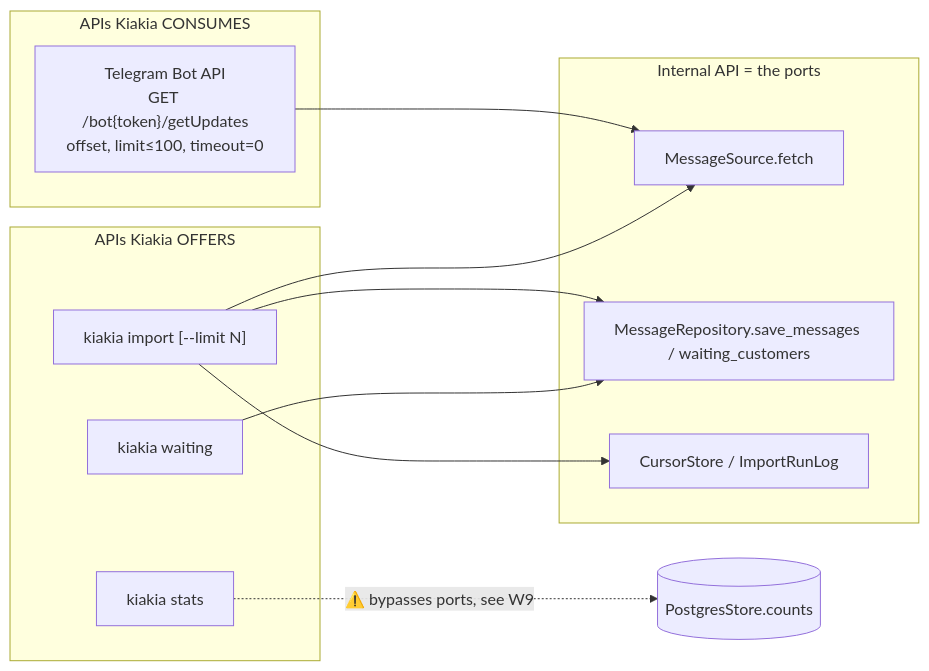
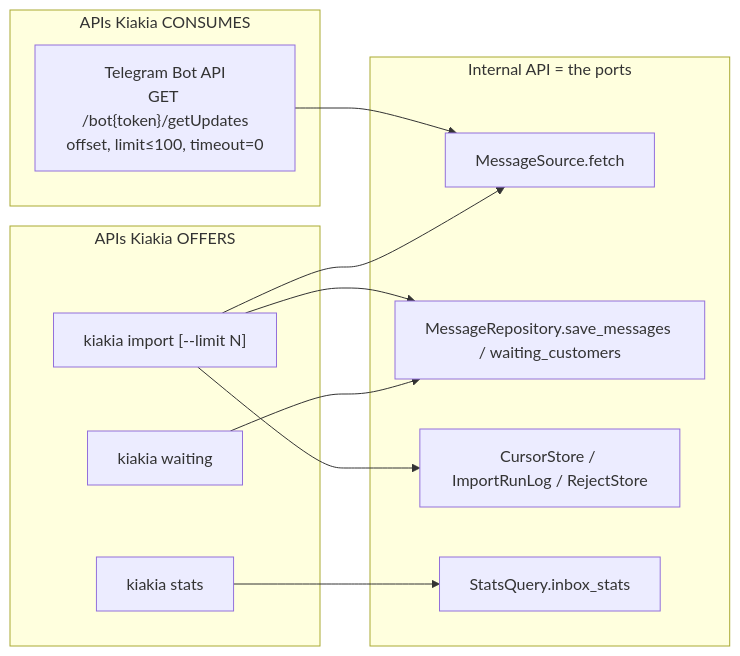
Before and after one commit to Ify-O/kiakia: the seventh of 9 diagrams in docs/ARCHITECTURE.md, drawn with Mermaid. The commit also changed other lines of this file and 2 other files, not shown here.

First line of the commit message:
Update diagrams and docs for Sprint 2

````diff
--- a/docs/ARCHITECTURE.md
+++ b/docs/ARCHITECTURE.md
@@ -273,20 +298,21 @@
 ```mermaid
 flowchart LR
     subgraph IN["APIs Kiakia CONSUMES"]
         TGAPI["Telegram Bot API<br/>GET /bot{token}/getUpdates<br/>offset, limit≤100, timeout=0"]
     end
     subgraph OUT["APIs Kiakia OFFERS"]
         C1["kiakia import [--limit N]"]
         C2["kiakia waiting"]
         C3["kiakia stats"]
     end
     subgraph INTERNAL["Internal API = the ports"]
         P1["MessageSource.fetch"]
         P2["MessageRepository.save_messages / waiting_customers"]
-        P3["CursorStore / ImportRunLog"]
+        P3["CursorStore / ImportRunLog / RejectStore"]
+        P4["StatsQuery.inbox_stats"]
     end
     TGAPI --> P1
     C1 --> P1 & P2 & P3
     C2 --> P2
-    C3 -.->|"⚠️ bypasses ports, see W9"| DBX[("PostgresStore.counts")]
+    C3 --> P4
 ```
````
